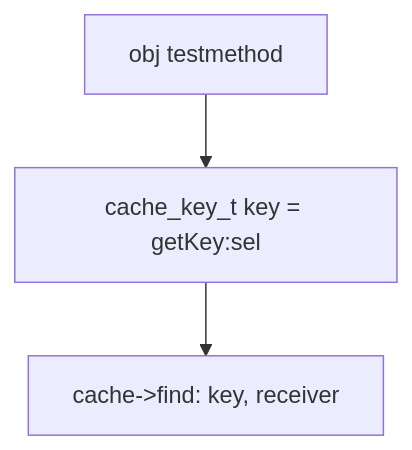
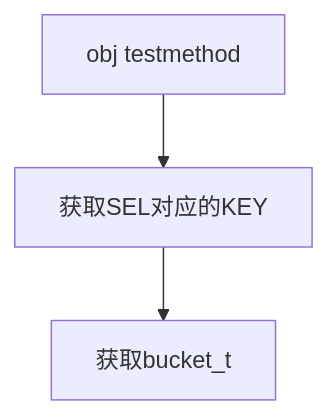
One commit to kyios/club changed the diagram in source/_posts/消息传递.md. Above: the diagram before and after it, drawn with Mermaid. The commit also changed 10 other files, not shown here.

````diff
--- a/source/_posts/消息传递.md
+++ b/source/_posts/消息传递.md
@@ -20,8 +20,7 @@
 ```mermaid
 graph TD
 A[obj testmethod] 
 
-A-->C[cache_key_t key = getKey:sel]
-C-->D[cache->find: key, receiver]
-
+A-->B[获取SEL对应的KEY]
+B-->C[获取bucket_t]
 ```
````
